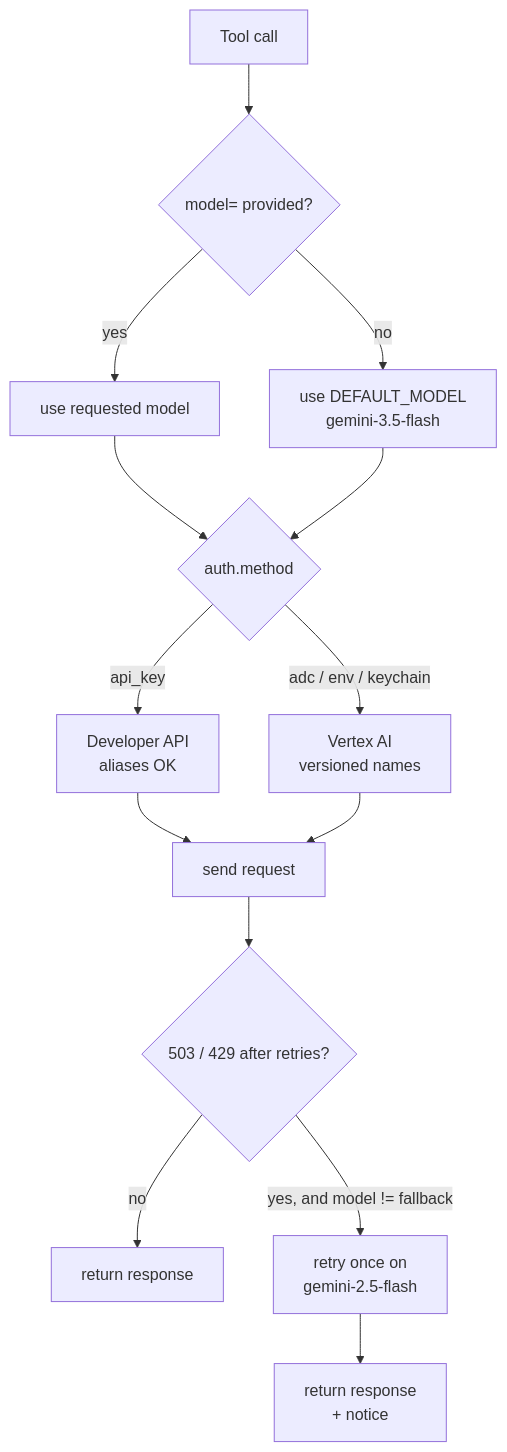
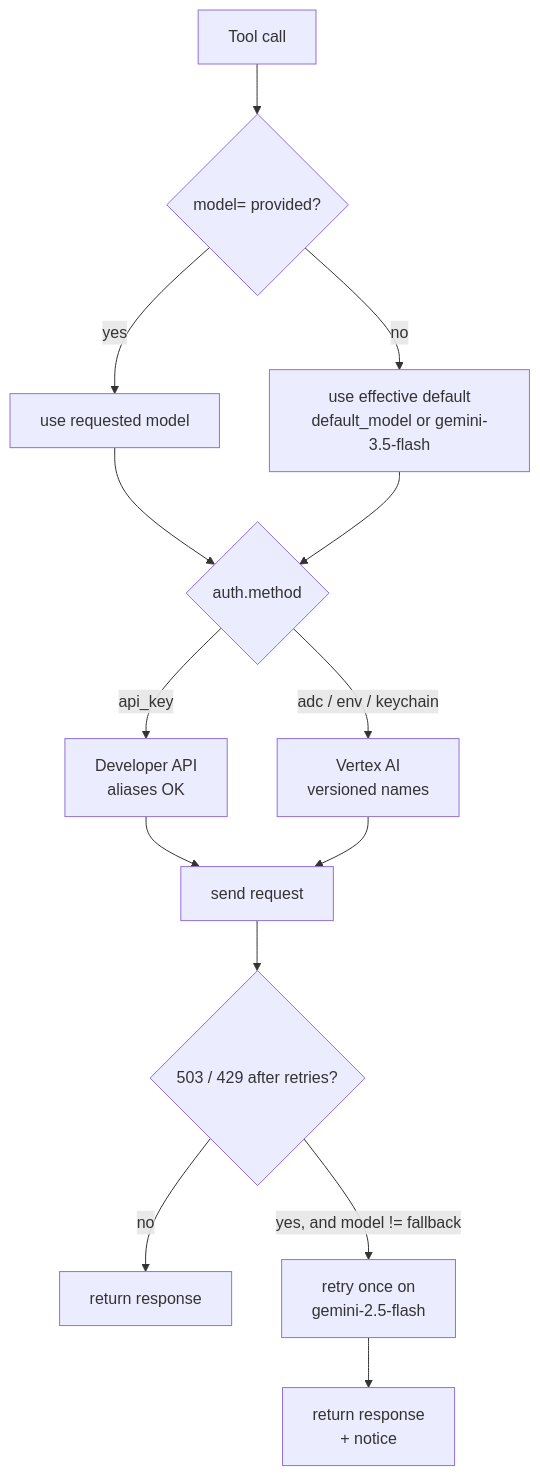
One commit to PCS-LAB-ORG/gemini-bridge changed the diagram in docs/configuration.md. Above: the diagram before and after it, drawn with Mermaid. The commit also changed other lines of this file and 11 other files, not shown here.

First line of the commit message:
feat(config): add default_model config field

````diff
--- a/docs/configuration.md
+++ b/docs/configuration.md
@@ -167,16 +175,16 @@
 ```mermaid
 flowchart TD
     A[Tool call] --> B{model= provided?}
     B -->|yes| C[use requested model]
-    B -->|no| D[use DEFAULT_MODEL<br/>gemini-3.5-flash]
+    B -->|no| D["use effective default<br/>default_model or gemini-3.5-flash"]
     C --> E{auth.method}
     D --> E
     E -->|api_key| F[Developer API<br/>aliases OK]
     E -->|adc / env / keychain| G[Vertex AI<br/>versioned names]
     F --> H[send request]
     G --> H
     H --> I{503 / 429 after retries?}
     I -->|no| J[return response]
     I -->|yes, and model != fallback| K[retry once on<br/>gemini-2.5-flash]
     K --> L[return response<br/>+ notice]
 ```
````
